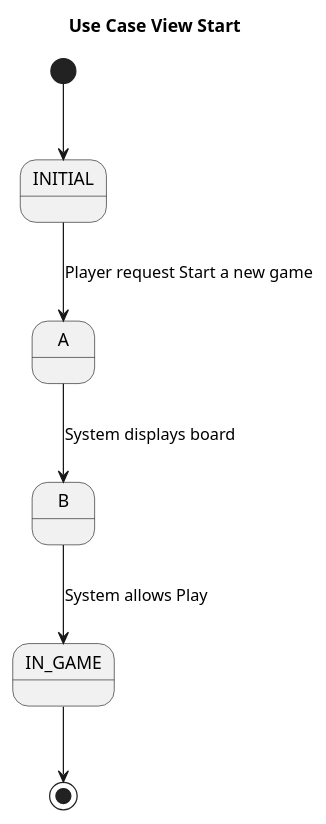
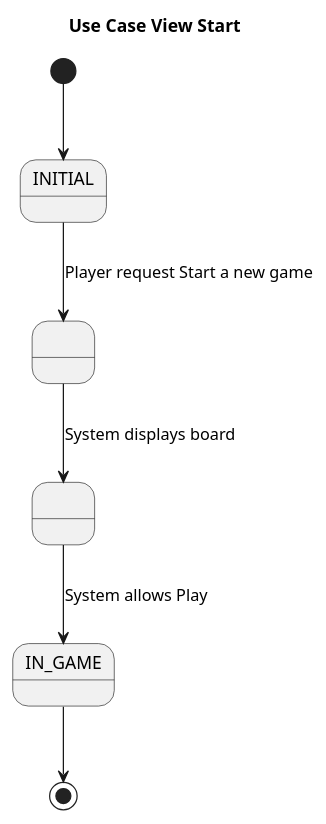
Before and after one commit to franpaulinoinfante/MasterSoftwareDevelopment: the diagram in src/Mastermind/DocumentView/Basic/Docs/UseCaseStartView.plantuml, drawn with PlantUML. The commit also changed 8 other files, not shown here.

```diff
--- a/src/Mastermind/DocumentView/Basic/Docs/UseCaseStartView.plantuml
+++ b/src/Mastermind/DocumentView/Basic/Docs/UseCaseStartView.plantuml
@@ -1,12 +1,14 @@
 @startuml UseCaseViewContext
 title Use Case View Start
 
 state INITIAL
 state IN_GAME
+state A as " "
+state B as " "
 
 [*] --> INITIAL
 INITIAL --> A : Player request Start a new game
 A --> B : System displays board
 B --> IN_GAME : System allows Play
 IN_GAME --> [*] 
 @enduml
```
